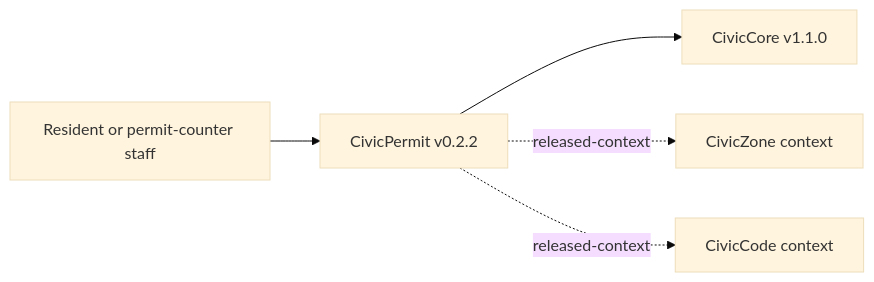
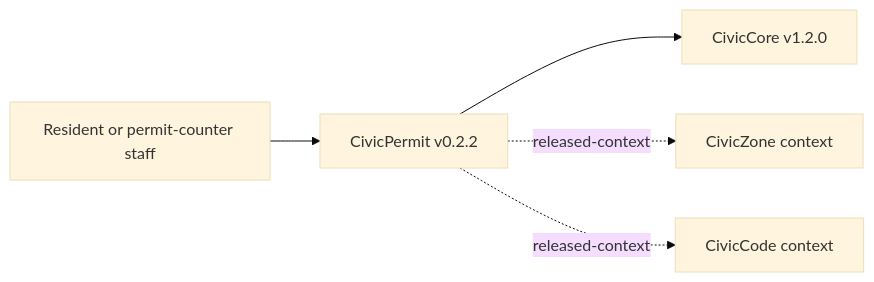
Before and after one commit to CivicSuite/civicpermit: the diagram in USER-MANUAL.md, drawn with Mermaid (base theme). The commit also changed other lines of this file and 12 other files, not shown here.

````diff
--- a/USER-MANUAL.md
+++ b/USER-MANUAL.md
@@ -43,7 +43,7 @@
 ```mermaid
 flowchart LR
   PublicUser["Resident or permit-counter staff"] --> CivicPermit["CivicPermit v0.2.2"]
-  CivicPermit --> CivicCore["CivicCore v1.1.0"]
+  CivicPermit --> CivicCore["CivicCore v1.2.0"]
   CivicPermit -. released-context .-> CivicZone["CivicZone context"]
   CivicPermit -. released-context .-> CivicCode["CivicCode context"]
 ```
````
